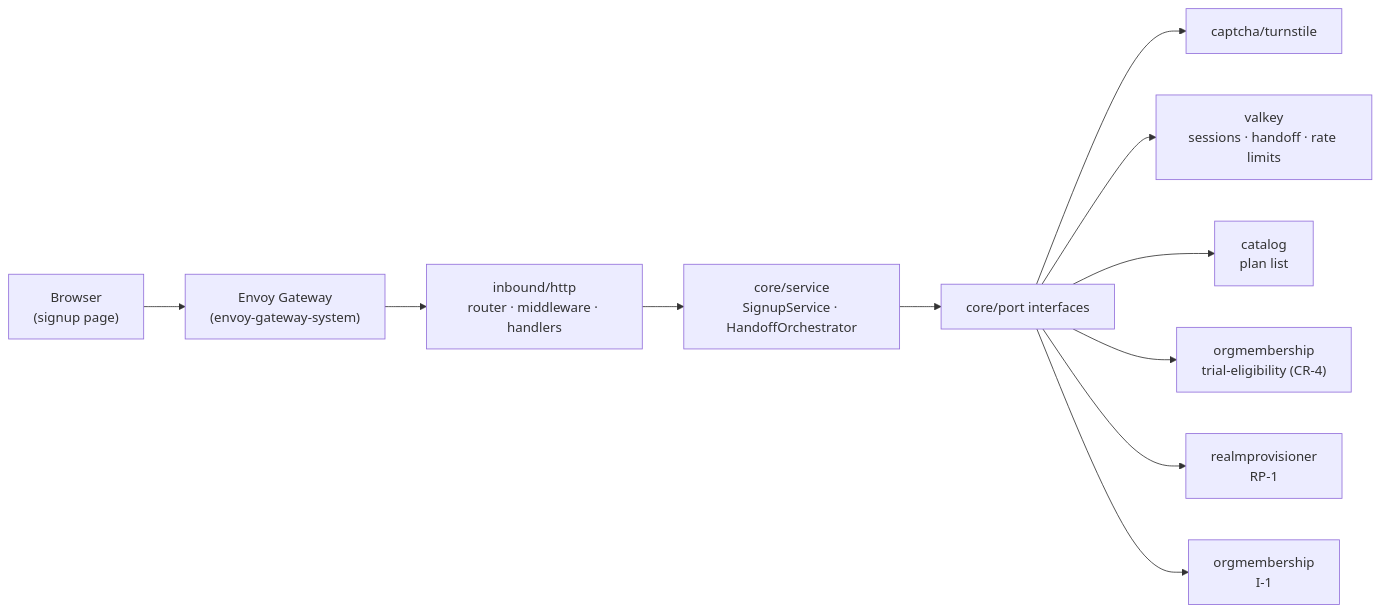
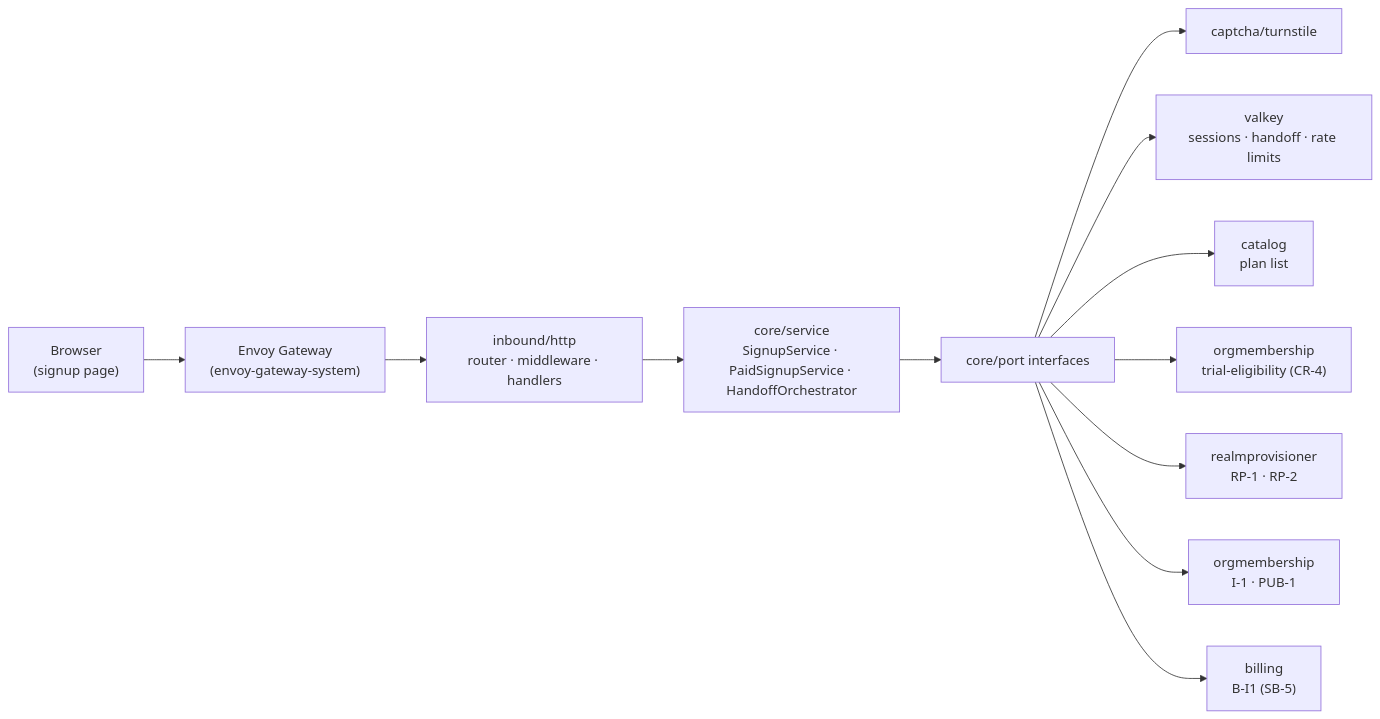
One commit to BCBP-SOLUTIONS-FZC-LLC/bff-signup changed the first of 5 diagrams in docs/lld/signup-bff-lld.md. Above: the diagram before and after it, drawn with Mermaid. The commit also changed other lines of this file and 111 other files, not shown here.

First line of the commit message:
feat: align paid signup with Billing B-I1 (BL-OQ-8) and harden for production (#6)

````diff
--- a/docs/lld/signup-bff-lld.md
+++ b/docs/lld/signup-bff-lld.md
@@ -141,13 +143,14 @@
 ```mermaid
 flowchart LR
     BROWSER["Browser<br/>(signup page)"] --> ENVOY["Envoy Gateway<br/>(envoy-gateway-system)"]
     ENVOY --> HTTP["inbound/http<br/>router · middleware · handlers"]
-    HTTP --> SVC["core/service<br/>SignupService · HandoffOrchestrator"]
+    HTTP --> SVC["core/service<br/>SignupService · PaidSignupService · HandoffOrchestrator"]
     SVC --> PORTS["core/port interfaces"]
     PORTS --> CAP["captcha/turnstile"]
     PORTS --> VK["valkey<br/>sessions · handoff · rate limits"]
     PORTS --> CAT["catalog<br/>plan list"]
     PORTS --> ELIG["orgmembership<br/>trial-eligibility (CR-4)"]
-    PORTS --> RP["realmprovisioner<br/>RP-1"]
-    PORTS --> OM["orgmembership<br/>I-1"]
+    PORTS --> RP["realmprovisioner<br/>RP-1 · RP-2"]
+    PORTS --> OM["orgmembership<br/>I-1 · PUB-1"]
+    PORTS --> BIL["billing<br/>B-I1 (SB-5)"]
 ```
````
